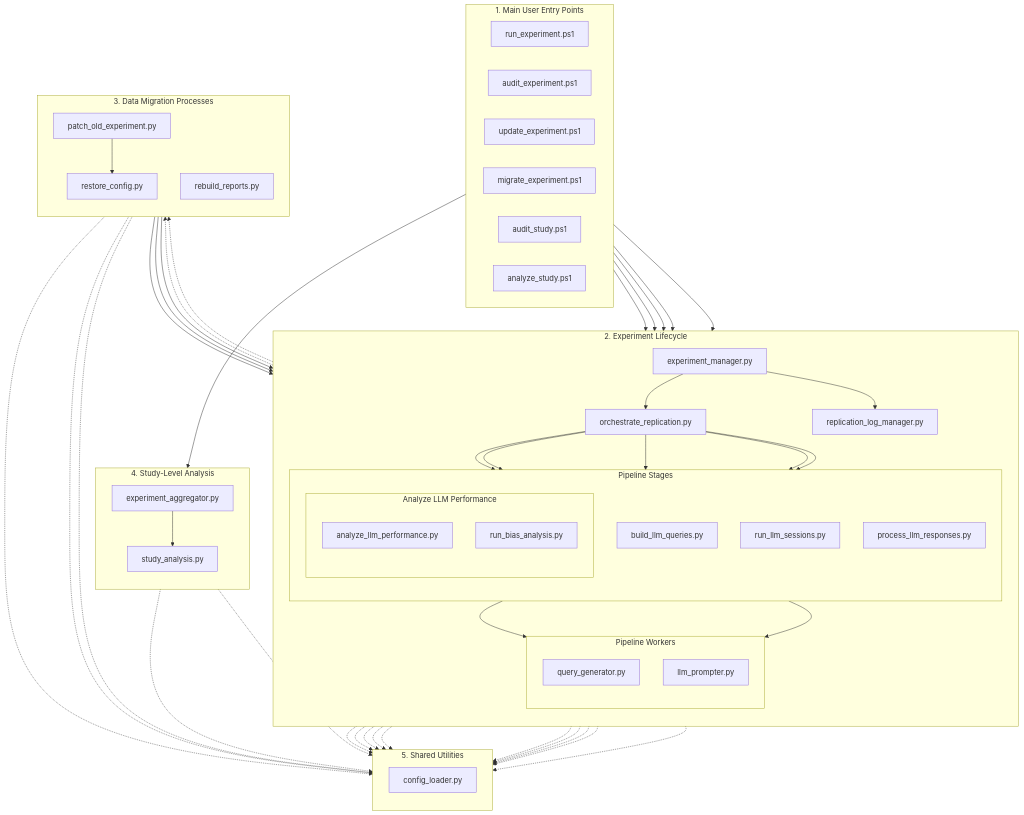
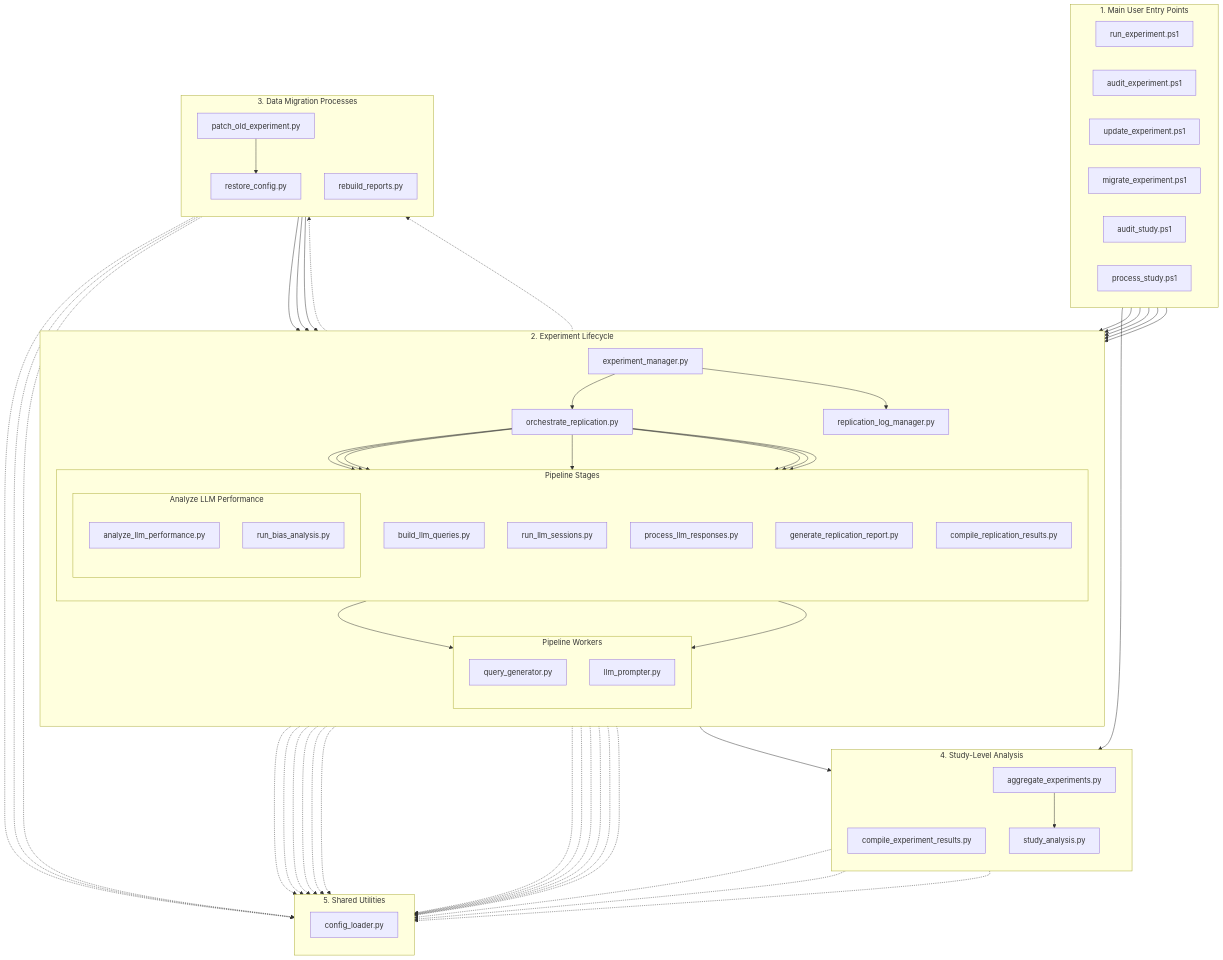
One commit to peterjmarko/llm-narrative-framework changed the diagram in docs/diagrams/view_codebase.mmd. Above: the diagram before and after it, drawn with Mermaid. The commit also changed 26 other files, not shown here.

```diff
--- a/docs/diagrams/view_codebase.mmd
+++ b/docs/diagrams/view_codebase.mmd
@@ -1,101 +1,110 @@
 graph TD
     subgraph "1. Main User Entry Points"
         direction LR
         run_experiment_ps1["run_experiment.ps1"]
         audit_experiment_ps1["audit_experiment.ps1"]
         update_experiment_ps1["update_experiment.ps1"]
         migrate_experiment_ps1["migrate_experiment.ps1"]
         audit_study_ps1["audit_study.ps1"]
-        analyze_study_ps1["analyze_study.ps1"]
+        process_study_ps1["process_study.ps1"]
     end
 
     subgraph "2. Experiment Lifecycle"
         direction TB
         exp_manager["experiment_manager.py"]
         orchestrator["orchestrate_replication.py"]
         
         subgraph "Pipeline Stages"
             direction TB
             build_queries["build_llm_queries.py"]
             run_sessions["run_llm_sessions.py"]
             process_responses["process_llm_responses.py"]
             subgraph "Analyze LLM Performance"
                 direction TB
                 analyze_performance["analyze_llm_performance.py"]
                 run_bias["run_bias_analysis.py"]
             end
+            generate_report["generate_replication_report.py"]
+            compile_replication["compile_replication_results.py"]
         end
         
         subgraph "Pipeline Workers"
             direction TB
             query_generator["query_generator.py"]
             llm_prompter["llm_prompter.py"]
         end
 
         log_manager["replication_log_manager.py"]
     end
 
     subgraph "3. Data Migration Processes"
         direction TB
         patch_old["patch_old_experiment.py"]
         restore_config["restore_config.py"]
         rebuild_reports["rebuild_reports.py"]
     end
 
     subgraph "4. Study-Level Analysis"
         direction TB
-        exp_aggregator["experiment_aggregator.py"]
+        compile_experiment["compile_experiment_results.py"]
+        agg_exps["aggregate_experiments.py"]
         study_analysis["study_analysis.py"]
     end
 
     subgraph "5. Shared Utilities"
         direction TB
         config_loader["config_loader.py"]
     end
     
     %% --- Main Workflow Connections ---
     run_experiment_ps1 --> exp_manager
     update_experiment_ps1 --> exp_manager
     audit_experiment_ps1 --> exp_manager
     audit_study_ps1 --> exp_manager
     migrate_experiment_ps1 --> exp_manager
-    analyze_study_ps1 --> exp_aggregator
-    
+    process_study_ps1 --> agg_exps
+
     exp_manager --> orchestrator
+    exp_manager --> compile_experiment
     exp_manager --> log_manager
     exp_manager -.-> patch_old
     exp_manager -.-> rebuild_reports
 
     orchestrator --> build_queries
     orchestrator --> run_sessions
     orchestrator --> process_responses
     orchestrator --> analyze_performance
     orchestrator --> run_bias
-    
+    orchestrator --> generate_report
+    orchestrator --> compile_replication
+
     build_queries --> query_generator
     run_sessions --> llm_prompter
-    
-    exp_aggregator --> study_analysis
+
+    agg_exps --> study_analysis
 
     %% --- Migration Workflow Connections ---
     patch_old --> restore_config
     rebuild_reports --> process_responses
     rebuild_reports --> analyze_performance
     rebuild_reports --> run_bias
 
     %% --- Import Connections (Dotted Lines) ---
     exp_manager         -.-> config_loader
     orchestrator        -.-> config_loader
     build_queries       -.-> config_loader
     run_sessions        -.-> config_loader
     process_responses   -.-> config_loader
     analyze_performance -.-> config_loader
     run_bias            -.-> config_loader
     query_generator     -.-> config_loader
     llm_prompter        -.-> config_loader
     patch_old           -.-> config_loader
     restore_config      -.-> config_loader
     rebuild_reports     -.-> config_loader
-    exp_aggregator      -.-> config_loader
+    agg_exps            -.-> config_loader
     study_analysis      -.-> config_loader
     log_manager         -.-> config_loader
+    generate_report     -.-> config_loader
+    compile_replication -.-> config_loader
+    compile_experiment  -.-> config_loader
```
